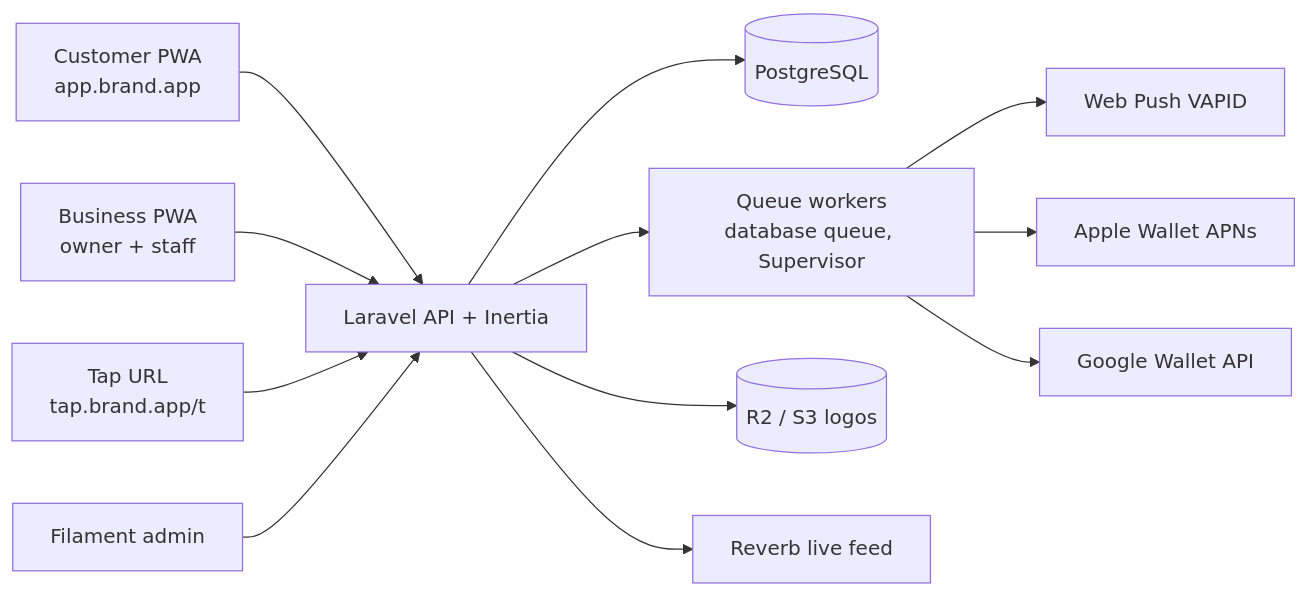
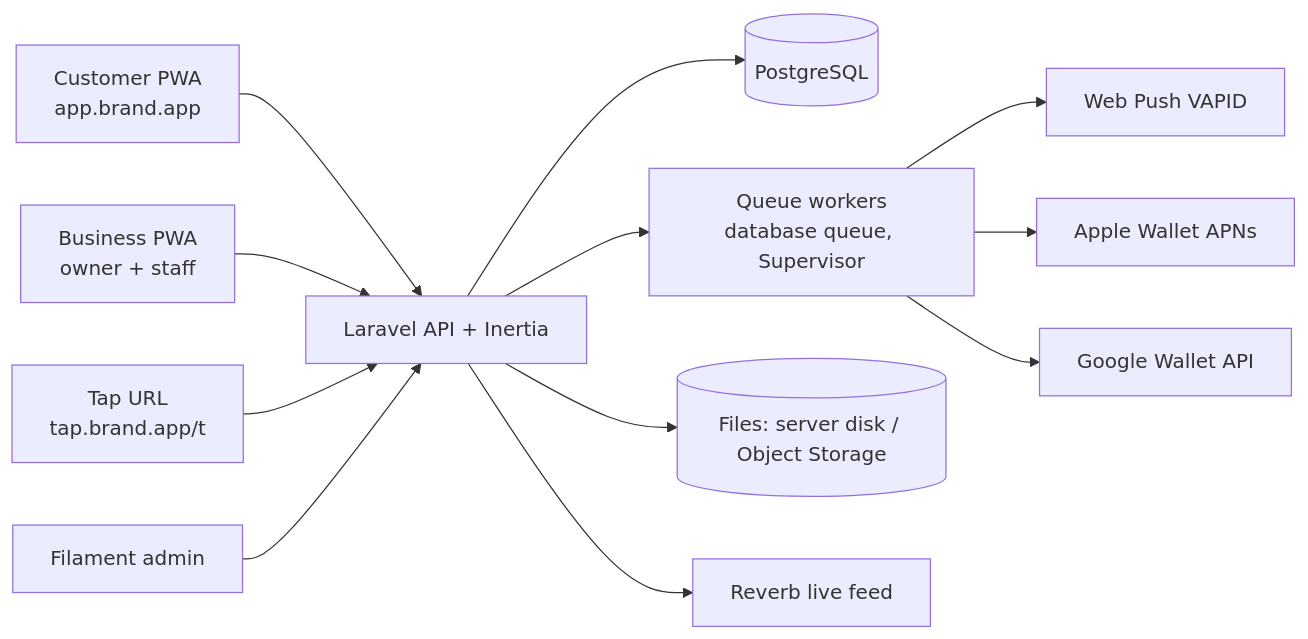
One commit to r0b0t007/punchcard changed the second of 3 diagrams in docs/spec.md. Above: the diagram before and after it, drawn with Mermaid. The commit also changed other lines of this file and 7 other files, not shown here.

````diff
--- a/docs/spec.md
+++ b/docs/spec.md
@@ -191,14 +191,14 @@
 ```mermaid
 flowchart LR
     C[Customer PWA<br/>app.brand.app] --> L
     B[Business PWA<br/>owner + staff] --> L
     T[Tap URL<br/>tap.brand.app/t] --> L
     F[Filament admin] --> L
     L[Laravel API + Inertia] --> DB[(PostgreSQL)]
     L --> Q[Queue workers<br/>database queue, Supervisor]
     Q --> P[Web Push VAPID]
     Q --> AW[Apple Wallet APNs]
     Q --> GW[Google Wallet API]
-    L --> S3[(R2 / S3 logos)]
+    L --> S3[(Files: server disk / Object Storage)]
     L --> RV[Reverb live feed]
 ```
````
